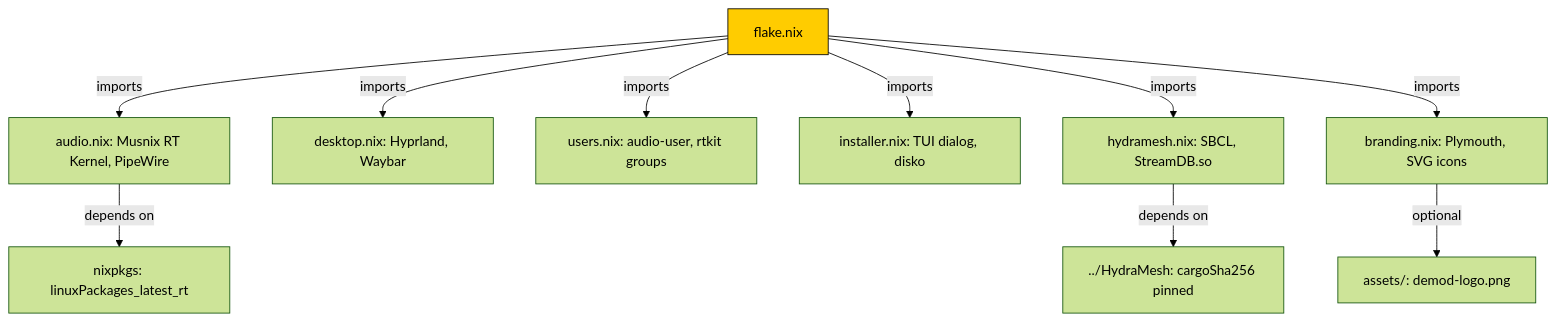
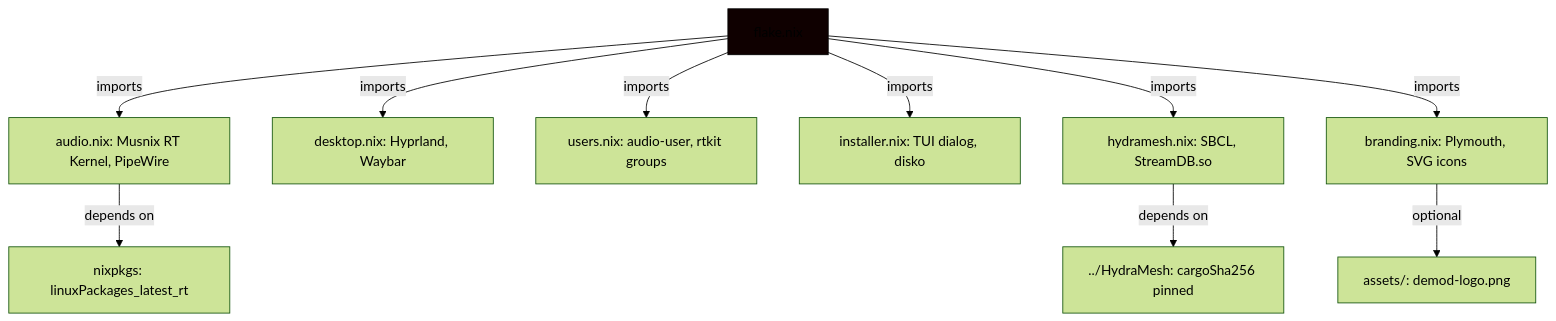
One commit to ALH477/ArchibaldOS changed the third of 4 diagrams in README.md. Above: the diagram before and after it, drawn with Mermaid (forest theme). The commit also changed other lines of this file, not shown here.

````diff
--- a/README.md
+++ b/README.md
@@ -109,15 +109,15 @@
 ```mermaid
 graph TD
     F[flake.nix] -->|imports| G[audio.nix: Musnix RT Kernel, PipeWire]
     F -->|imports| H[desktop.nix: Hyprland, Waybar]
     F -->|imports| I[users.nix: audio-user, rtkit groups]
     F -->|imports| J[installer.nix: TUI dialog, disko]
     F -->|imports| K[hydramesh.nix: SBCL, StreamDB.so]
     F -->|imports| L[branding.nix: Plymouth, SVG icons]
 
     G -->|depends on| M[nixpkgs: linuxPackages_latest_rt]
     K -->|depends on| N[../HydraMesh: cargoSha256 pinned]
     L -->|optional| O[assets/: demod-logo.png]
 
-    style F fill:#ffcc00,stroke:#000
+    style F fill:#0f0000,stroke:#000
 ```
````
